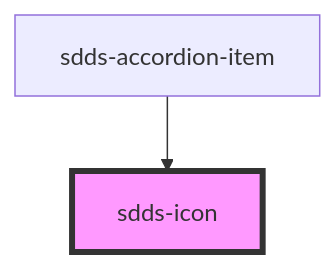
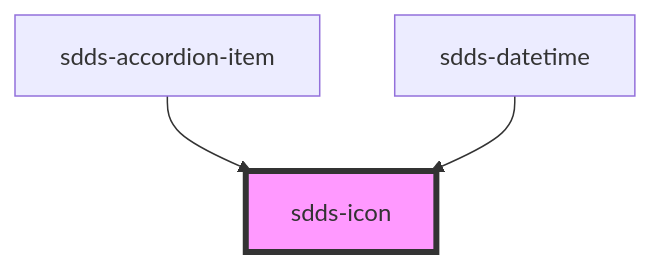
One commit to scania-digital-design-system/sdds changed the diagram in tegel/src/components/icon/readme.md. Above: the diagram before and after it, drawn with Mermaid. The commit also changed other lines of this file and 5 other files, not shown here.

````diff
--- a/tegel/src/components/icon/readme.md
+++ b/tegel/src/components/icon/readme.md
@@ -21,5 +22,6 @@
 ```mermaid
 graph TD;
   sdds-accordion-item --> sdds-icon
+  sdds-datetime --> sdds-icon
   style sdds-icon fill:#f9f,stroke:#333,stroke-width:4px
 ```
````
